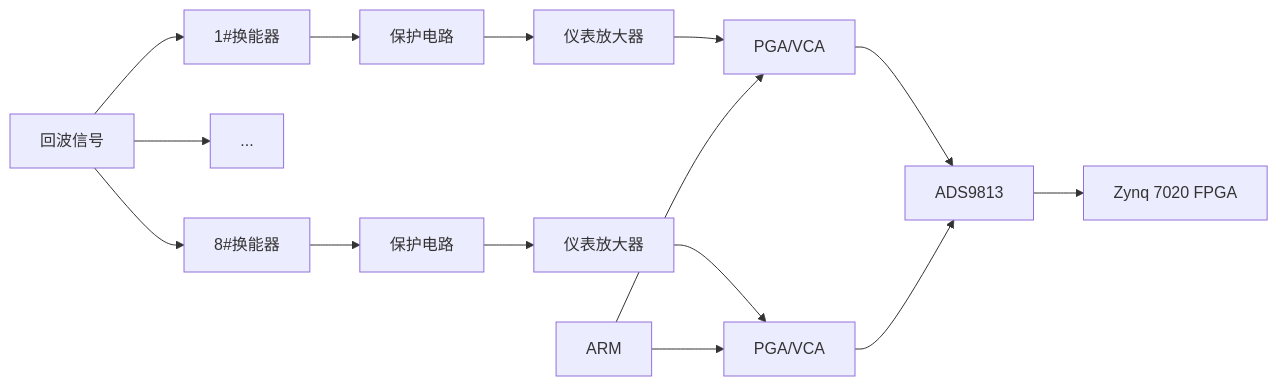
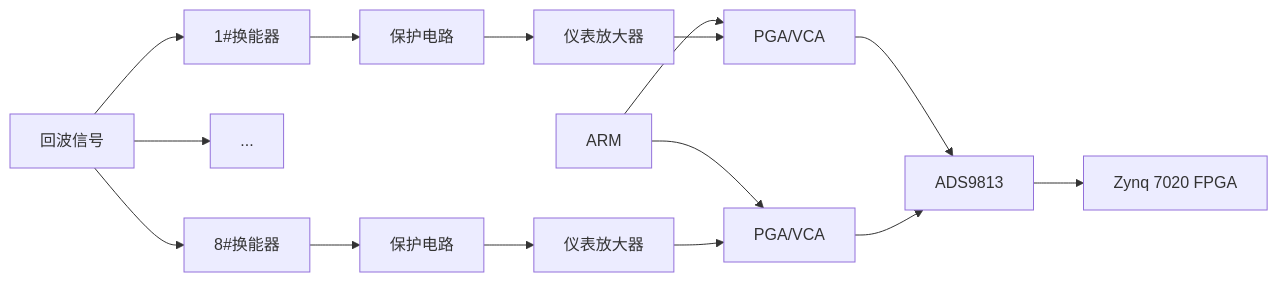
One commit to Rukawa15/iodraw-files changed the diagram in all/同步采集.md. Above: the diagram before and after it, drawn with Mermaid.

Commit message:
2025-06-19 14:34:14 update

````diff
--- a/all/同步采集.md
+++ b/all/同步采集.md
@@ -1,25 +1,24 @@
 ```mermaid
 graph LR
 A[回波信号]
 A --> B1[1#换能器]
 A --> ...
 A --> B8[8#换能器]
 
 B1 --> C1[保护电路]
 B8 --> C8[保护电路]
 
 C1 --> D1[仪表放大器]
 C8 --> D8[仪表放大器]
-
+H[ARM] --> E1
+H[ARM] --> E8
 D1 --> E1[PGA/VCA]
 D8 --> E8[PGA/VCA]
 
 E1 --> F[ADS9813]
 E8 --> F[ADS9813] 
 
 F --> G[Zynq 7020 FPGA]
 
-H[ARM] --> E1
 
-H[ARM] --> E8
 ```
````
